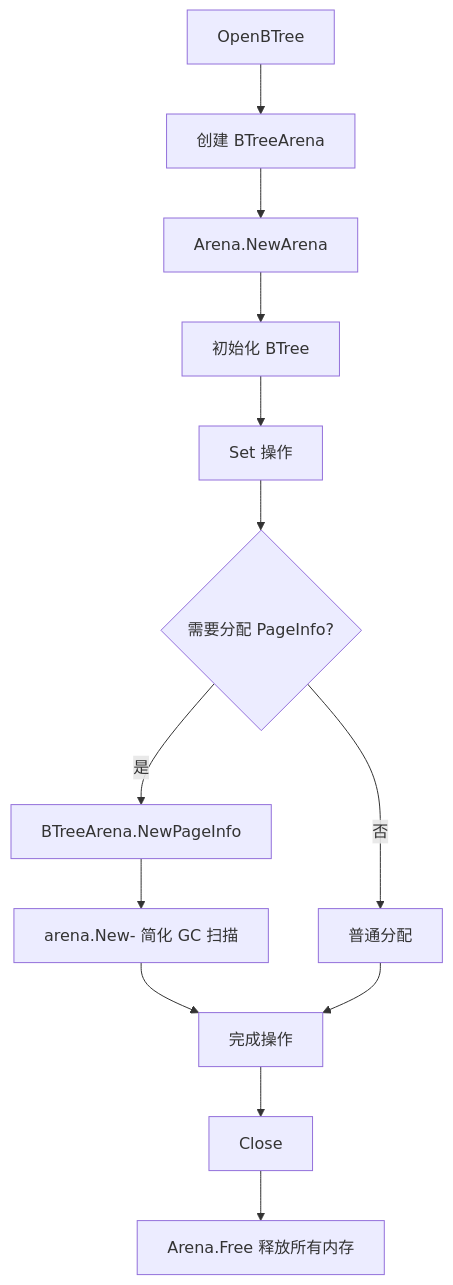
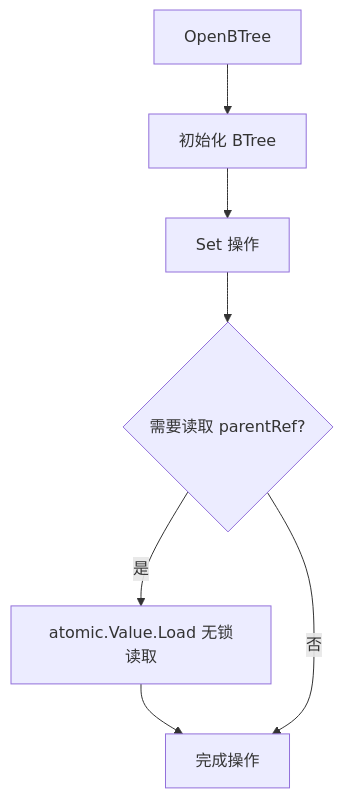
The diagram in docs/06_PM/feature/2026-03-17_PR-arena-allocation_full.md (jzhang405/NexKV), drawn with Mermaid before and after one commit. The commit also changed other lines of this file, not shown here.

First line of the commit message:
docs: 记录 Arena 优化调查结果（放弃 Arena 方案）

````diff
--- a/docs/06_PM/feature/2026-03-17_PR-arena-allocation_full.md
+++ b/docs/06_PM/feature/2026-03-17_PR-arena-allocation_full.md
@@ -313,15 +315,9 @@
 ```mermaid
 flowchart TD
-    A[OpenBTree] --> B[创建 BTreeArena]
-    B --> C[Arena.NewArena]
-    C --> D[初始化 BTree]
-    D --> E[Set 操作]
-    E --> F{需要分配 PageInfo?}
-    F -- 是 --> G[BTreeArena.NewPageInfo]
-    G --> H[arena.New- 简化 GC 扫描]
-    F -- 否 --> I[普通分配]
-    H --> J[完成操作]
-    I --> J
-    J --> K[Close]
-    K --> L[Arena.Free 释放所有内存]
+    A[OpenBTree] --> B[初始化 BTree]
+    B --> C[Set 操作]
+    C --> D{需要读取 parentRef?}
+    D -- 是 --> E[atomic.Value.Load 无锁读取]
+    E --> F[完成操作]
+    D -- 否 --> F
 ```
````
